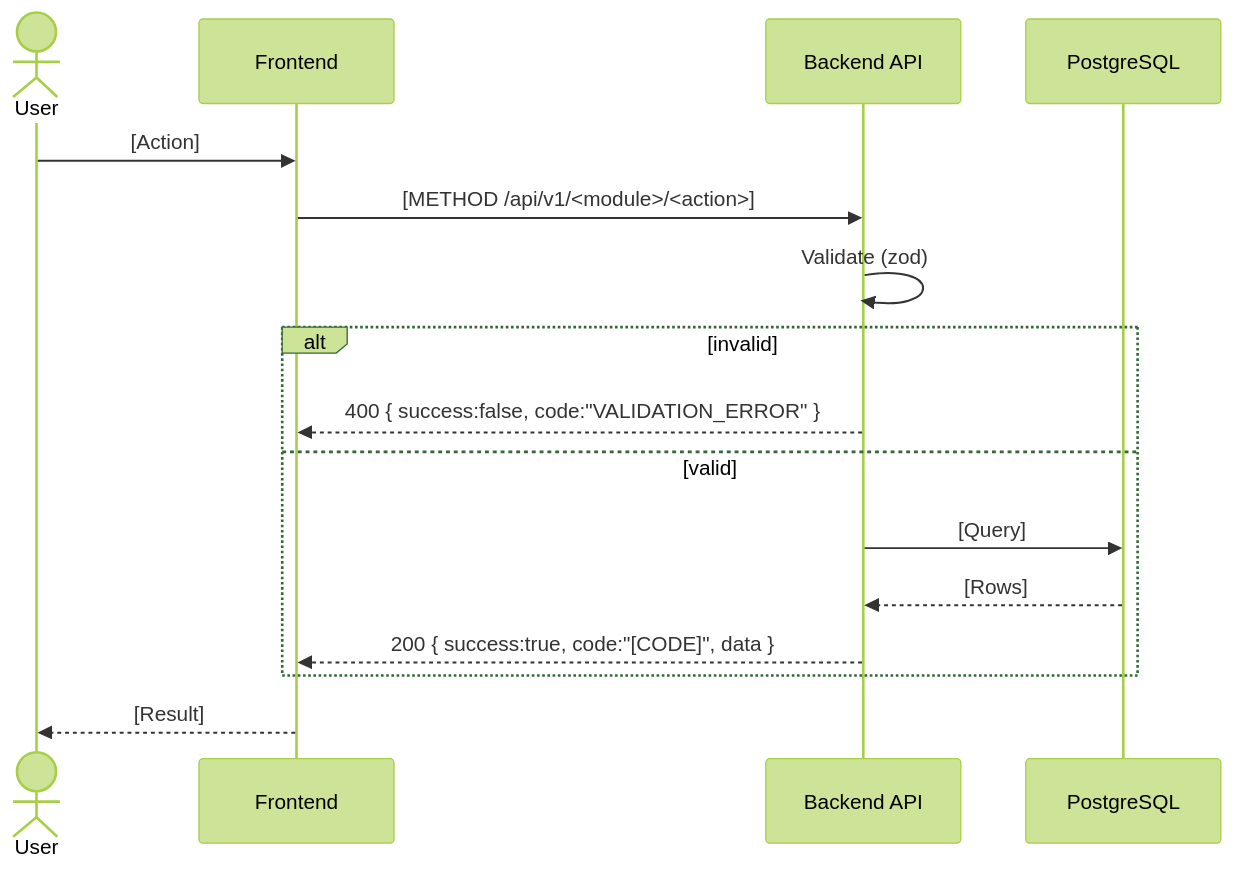
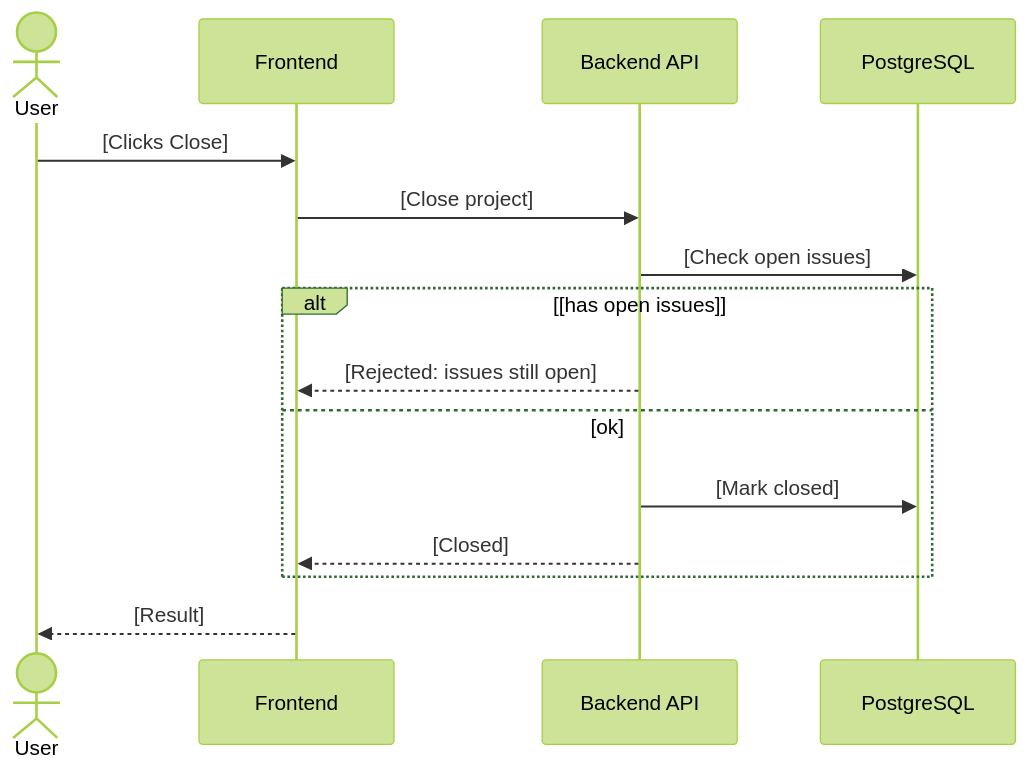
Before and after one commit to prame-dot-exe/gcb-adb-templates: the second of 4 diagrams in templates/02-SRS.md, drawn with Mermaid (forest theme). The commit also changed other lines of this file and 12 other files, not shown here.

````diff
--- a/templates/02-SRS.md
+++ b/templates/02-SRS.md
@@ -144,18 +112,17 @@
 ```mermaid
 sequenceDiagram
     actor U as User
     participant FE as Frontend
     participant BE as Backend API
     participant DB as PostgreSQL
-    U->>FE: [Action]
-    FE->>BE: [METHOD /api/v1/<module>/<action>]
-    BE->>BE: Validate (zod)
-    alt invalid
-      BE-->>FE: 400 { success:false, code:"VALIDATION_ERROR" }
-    else valid
-      BE->>DB: [Query]
-      DB-->>BE: [Rows]
-      BE-->>FE: 200 { success:true, code:"[CODE]", data }
+    U->>FE: [Clicks Close]
+    FE->>BE: [Close project]
+    BE->>DB: [Check open issues]
+    alt [has open issues]
+      BE-->>FE: [Rejected: issues still open]
+    else ok
+      BE->>DB: [Mark closed]
+      BE-->>FE: [Closed]
     end
     FE-->>U: [Result]
 ```
````
